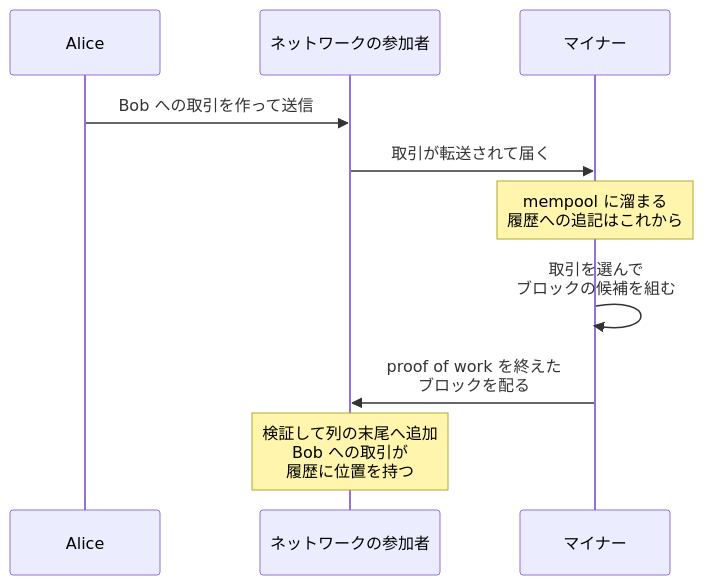
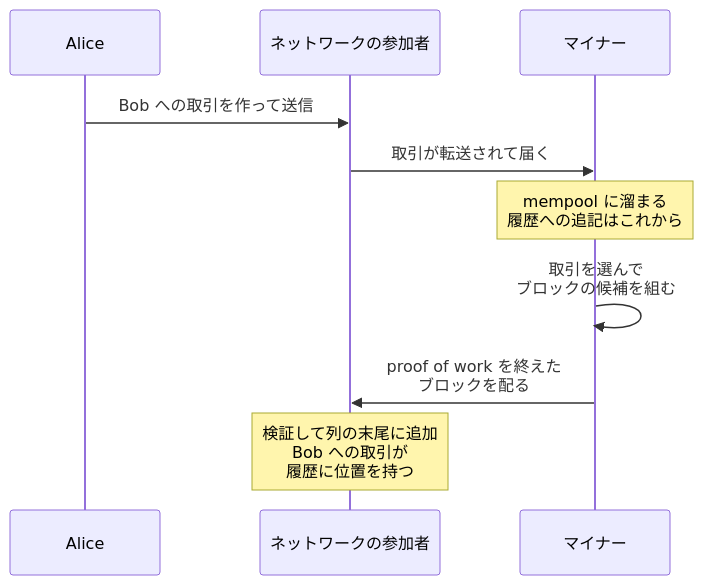
The third of 4 diagrams in content/notes/blockchain-systems/bitcoin-block/index.md (nao1215/debimate), drawn with Mermaid before and after one commit. The commit also changed other lines of this file and 46 other files, not shown here.

````diff
--- a/content/notes/blockchain-systems/bitcoin-block/index.md
+++ b/content/notes/blockchain-systems/bitcoin-block/index.md
@@ -75,12 +75,12 @@
 ```mermaid
 sequenceDiagram
     participant A as Alice
     participant N as ネットワークの参加者
     participant M as マイナー
     A->>N: Bob への取引を作って送信
     N->>M: 取引が転送されて届く
     Note over M: mempool に溜まる<br/>履歴への追記はこれから
     M->>M: 取引を選んで<br/>ブロックの候補を組む
     M->>N: proof of work を終えた<br/>ブロックを配る
-    Note over N: 検証して列の末尾へ追加<br/>Bob への取引が<br/>履歴に位置を持つ
+    Note over N: 検証して列の末尾に追加<br/>Bob への取引が<br/>履歴に位置を持つ
 ```
````
